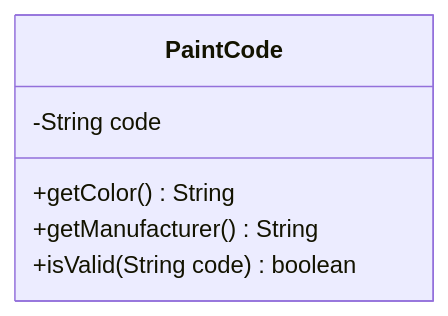
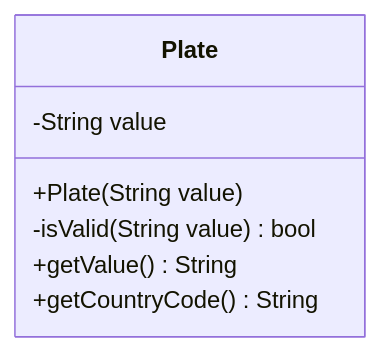
Before and after one commit to abrahdev/karter: the ninth of 13 diagrams in docs/versioned_docs/version-2026.06.5-alpha/developer/mobile/app-architecture.md, drawn with Mermaid. The commit also changed other lines of this file and 4 other files, not shown here.

````diff
--- a/docs/versioned_docs/version-2026.06.5-alpha/developer/mobile/app-architecture.md
+++ b/docs/versioned_docs/version-2026.06.5-alpha/developer/mobile/app-architecture.md
@@ -267,9 +275,10 @@
 ```mermaid
 classDiagram
-class PaintCode {
-        -String code
-        +getColor() String
-        +getManufacturer() String
-        +isValid(String code) boolean
+    class Plate {
+        -String value
+        +Plate(String value)
+        -isValid(String value) bool
+        +getValue() String
+        +getCountryCode() String
     }
 ```
````
